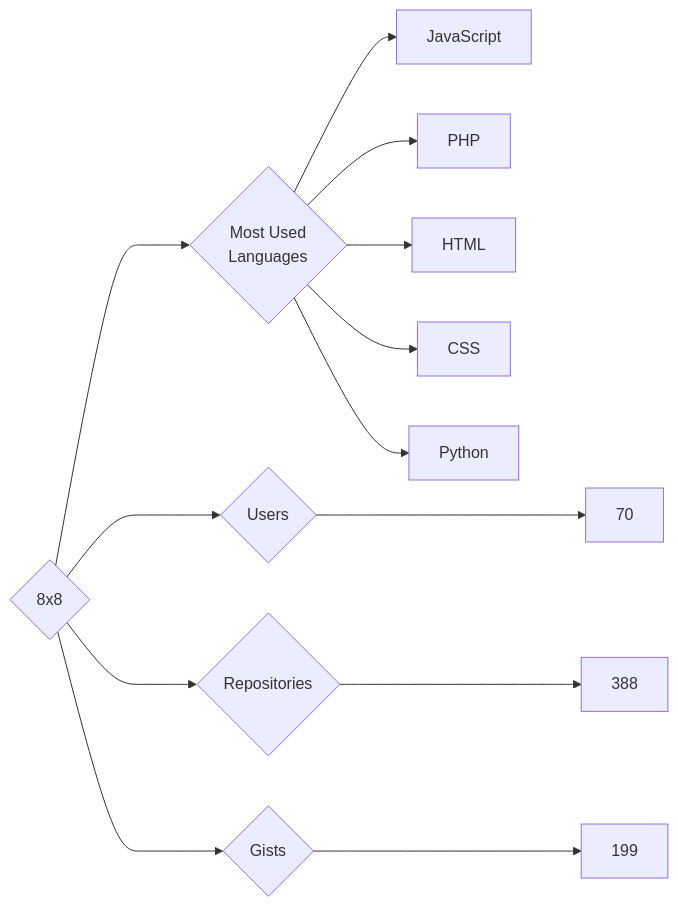
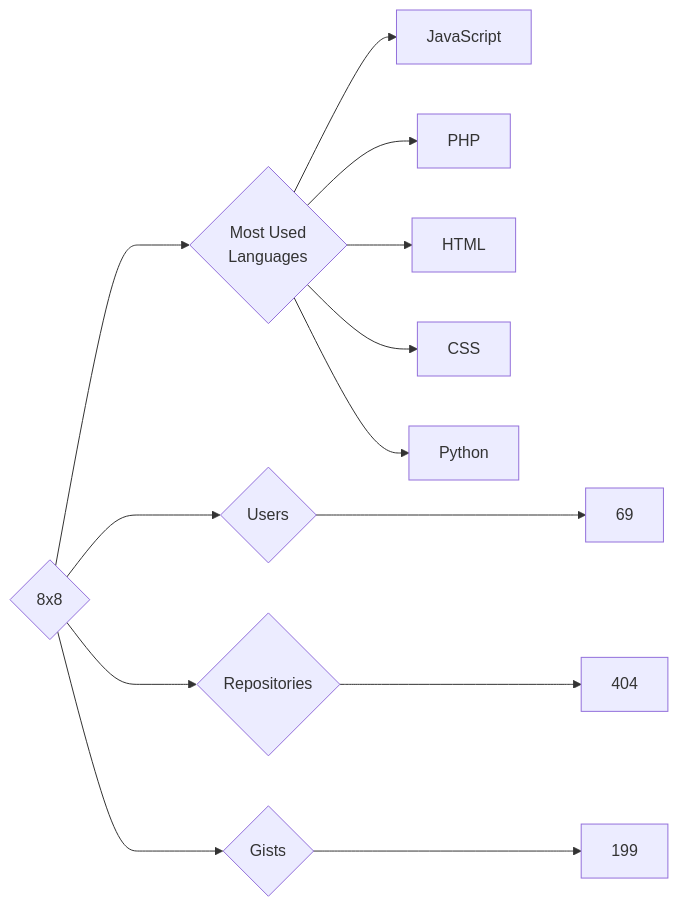
Before and after one commit to trickest/insiders: the diagram in targets/8x8/README.md, drawn with Mermaid. The commit also changed 1036 other files, not shown here.

````diff
--- a/targets/8x8/README.md
+++ b/targets/8x8/README.md
@@ -3,13 +3,13 @@
 ```mermaid
 graph LR
 COMPANY_NAME{8x8}
-COMPANY_NAME ---> U{Users} ---> UN[70]
-COMPANY_NAME ---> R{Repositories} ---> RN[388]
+COMPANY_NAME ---> U{Users} ---> UN[69]
+COMPANY_NAME ---> R{Repositories} ---> RN[404]
 COMPANY_NAME ---> G{Gists} ---> GN[199]
 COMPANY_NAME ---> ML{Most Used<br>Languages}
 ML --> JavaScript[JavaScript]
 ML --> PHP[PHP]
 ML --> HTML[HTML]
 ML --> CSS[CSS]
 ML --> Python[Python]
 ```
````
